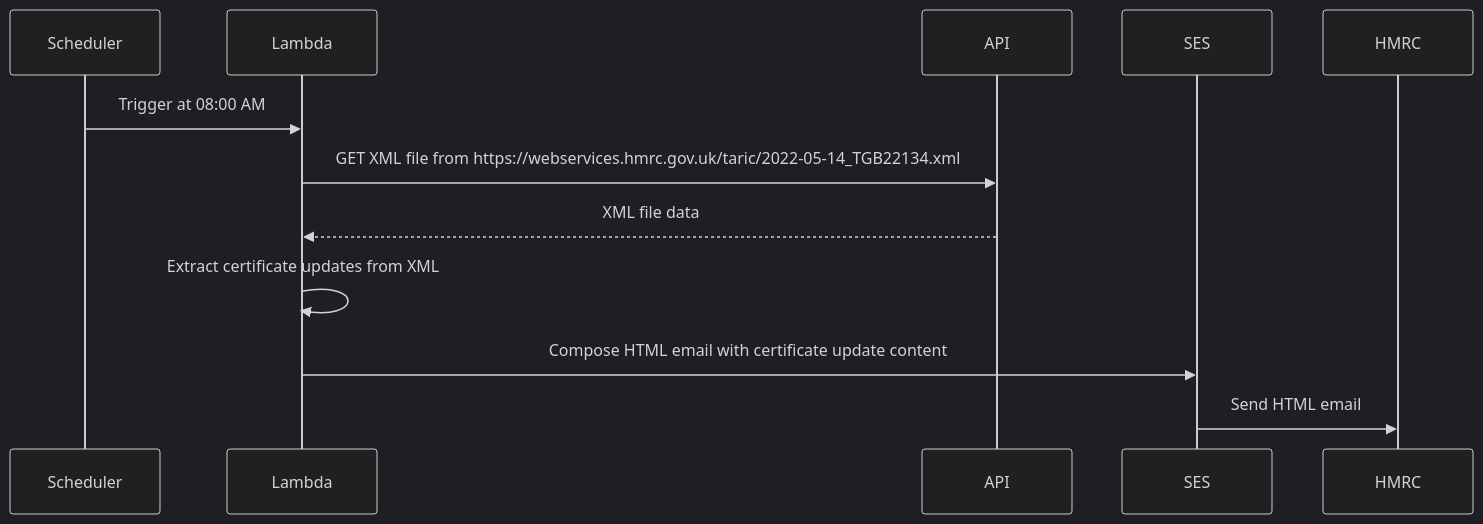
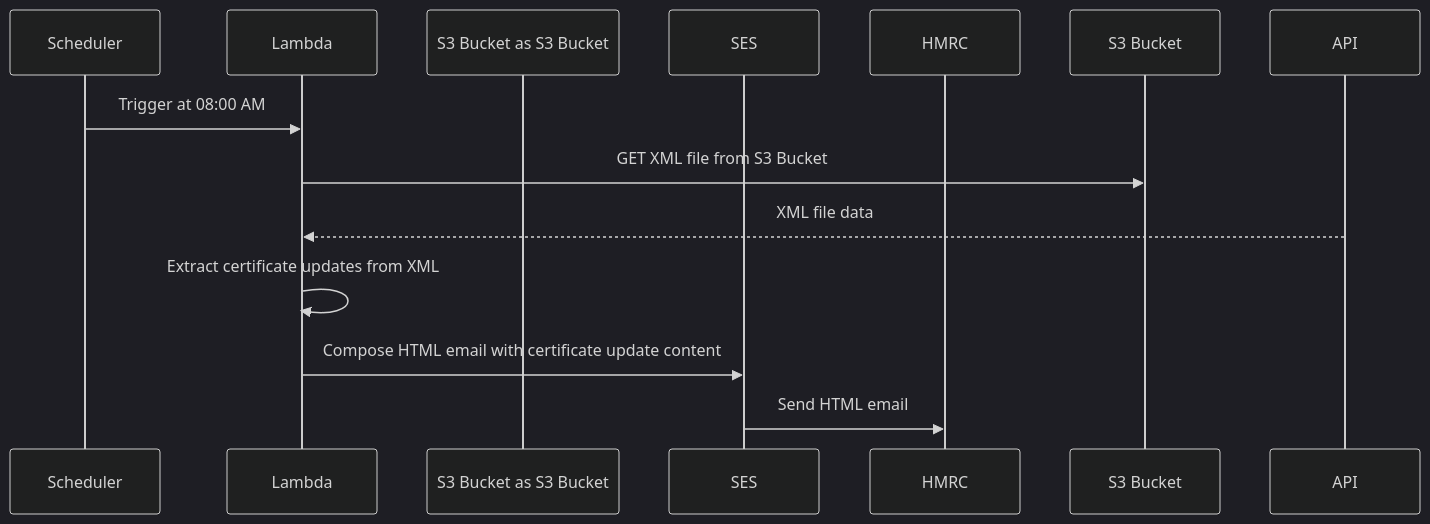
Before and after one commit to trade-tariff/trade-tariff-lambdas-xi-certificate-update-mailer: the diagram in README.md, drawn with Mermaid (dark theme). The commit also changed 20 other files, not shown here.

````diff
--- a/README.md
+++ b/README.md
@@ -5,15 +5,15 @@
 ```mermaid
 sequenceDiagram
     participant Scheduler as Scheduler
     participant Lambda as Lambda
-    participant API as API
+    participant S3 Bucket as S3 Bucket
     participant SES as SES
     participant HMRC as HMRC
 
     Scheduler->>Lambda: Trigger at 08:00 AM
-    Lambda->>API: GET XML file from https://webservices.hmrc.gov.uk/taric/2022-05-14_TGB22134.xml
+    Lambda->>S3 Bucket: GET XML file from S3 Bucket
     API-->>Lambda: XML file data
     Lambda->>Lambda: Extract certificate updates from XML
     Lambda->>SES: Compose HTML email with certificate update content
     SES->>HMRC: Send HTML email
 ```
````
